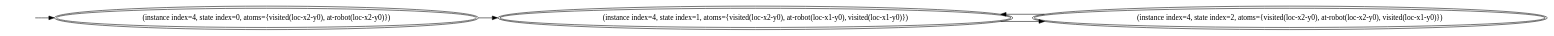
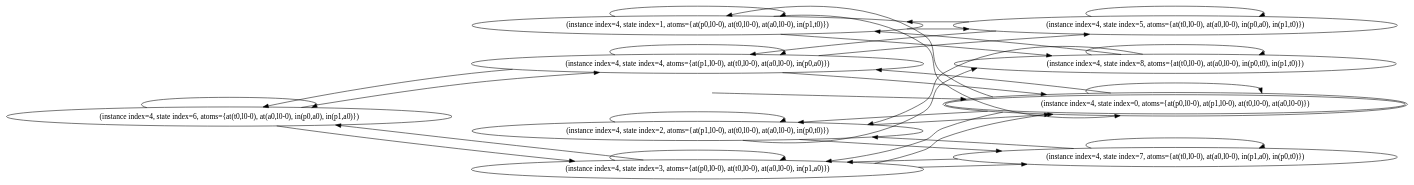
The diagram in workspace/4.dot (rakhmanu/sketch-learner), drawn with Graphviz before and after one commit. The commit also changed 965 other files, not shown here.

```diff
--- a/workspace/4.dot
+++ b/workspace/4.dot
@@ -1,15 +1,57 @@
 digraph {
 rankdir="LR"
-s0[peripheries=2,label="(instance index=4, state index=0, atoms={visited(loc-x2-y0), at-robot(loc-x2-y0)})"]
-s1[peripheries=2,label="(instance index=4, state index=1, atoms={visited(loc-x2-y0), at-robot(loc-x1-y0), visited(loc-x1-y0)})"]
-s2[peripheries=2,label="(instance index=4, state index=2, atoms={visited(loc-x2-y0), at-robot(loc-x2-y0), visited(loc-x1-y0)})"]
+s6[label="(instance index=4, state index=6, atoms={at(t0,l0-0), at(a0,l0-0), in(p0,a0), in(p1,a0)})"]
+s7[label="(instance index=4, state index=7, atoms={at(t0,l0-0), at(a0,l0-0), in(p1,a0), in(p0,t0)})"]
+s8[label="(instance index=4, state index=8, atoms={at(t0,l0-0), at(a0,l0-0), in(p0,t0), in(p1,t0)})"]
+s5[label="(instance index=4, state index=5, atoms={at(t0,l0-0), at(a0,l0-0), in(p0,a0), in(p1,t0)})"]
+s4[label="(instance index=4, state index=4, atoms={at(p1,l0-0), at(t0,l0-0), at(a0,l0-0), in(p0,a0)})"]
+s3[label="(instance index=4, state index=3, atoms={at(p0,l0-0), at(t0,l0-0), at(a0,l0-0), in(p1,a0)})"]
+s2[label="(instance index=4, state index=2, atoms={at(p1,l0-0), at(t0,l0-0), at(a0,l0-0), in(p0,t0)})"]
+s1[label="(instance index=4, state index=1, atoms={at(p0,l0-0), at(t0,l0-0), at(a0,l0-0), in(p1,t0)})"]
+s0[peripheries=2,label="(instance index=4, state index=0, atoms={at(p0,l0-0), at(p1,l0-0), at(t0,l0-0), at(a0,l0-0)})"]
 Dangling [ label = "", style = invis ]
 { rank = same; Dangling }
 Dangling -> s0
 { rank = same; s0}
+{ rank = same; s4,s3,s2,s1}
+{ rank = same; s0}
 {
+s6->s4
+s6->s6
+s6->s3
+s7->s7
+s7->s3
+s7->s2
+s8->s1
+s8->s2
+s8->s8
+s5->s5
+s5->s4
+s5->s1
+}
+{
+s4->s6
+s4->s5
+s4->s4
+s4->s0
+s3->s6
+s3->s7
+s3->s3
+s3->s0
+s2->s7
+s2->s2
+s2->s0
+s2->s8
+s1->s5
+s1->s1
+s1->s0
+s1->s8
+}
+{
+s0->s4
+s0->s3
+s0->s2
 s0->s1
-s1->s2
-s2->s1
+s0->s0
 }
 }
```
